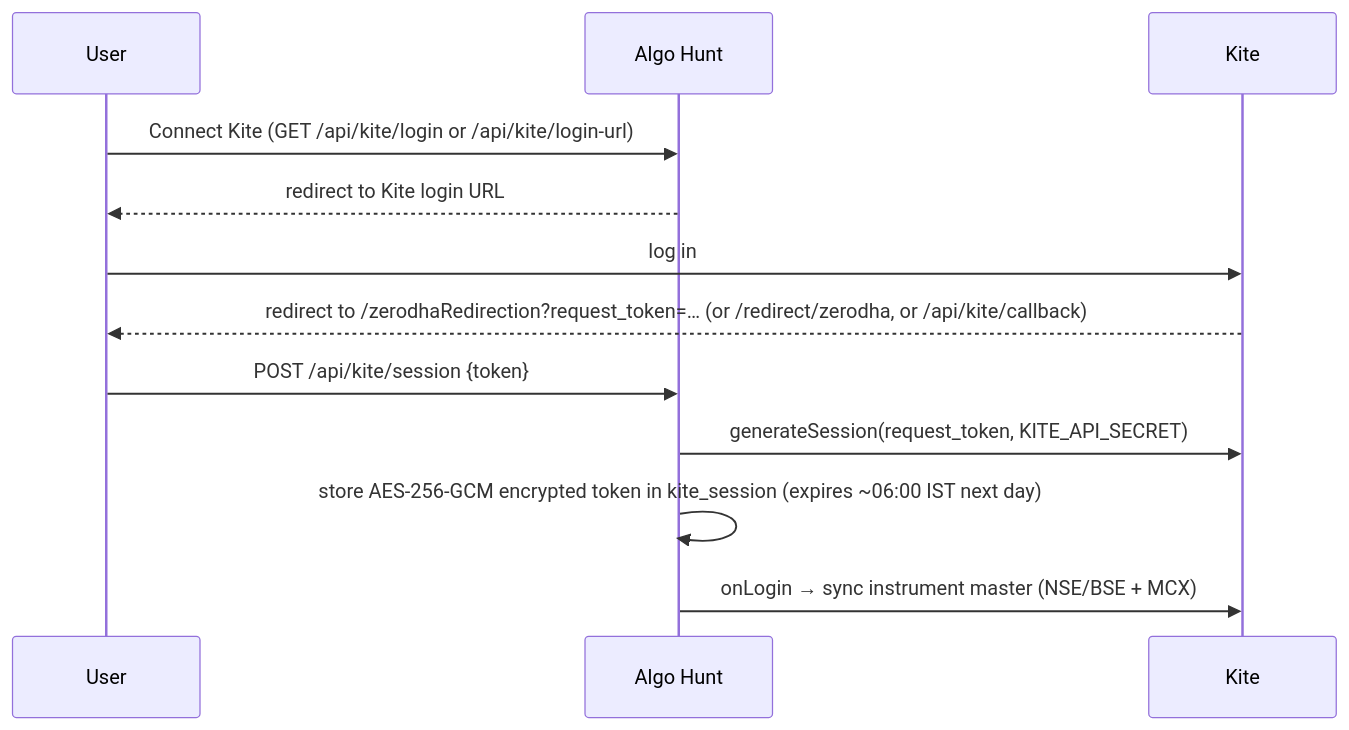
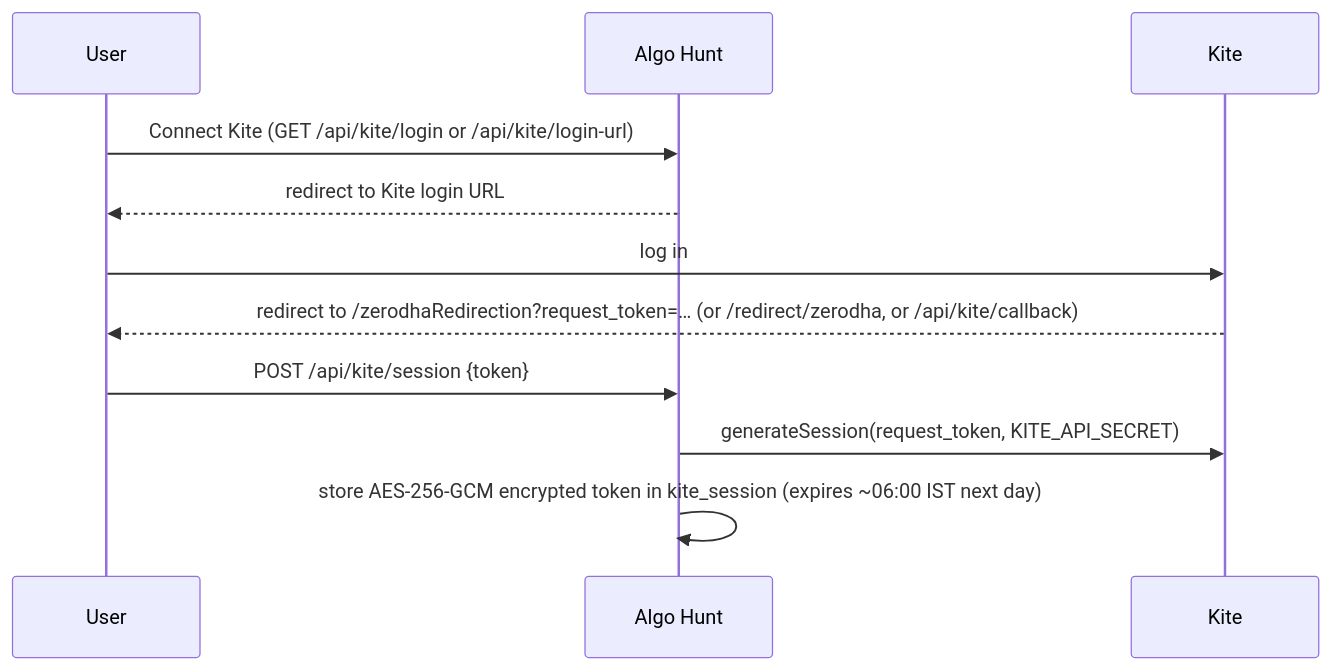
One commit to harshgupta20/algo-hunt changed the second of 2 diagrams in docs/architecture.md. Above: the diagram before and after it, drawn with Mermaid. The commit also changed other lines of this file and 194 other files, not shown here.

````diff
--- a/docs/architecture.md
+++ b/docs/architecture.md
@@ -238,14 +99,13 @@
 ```mermaid
 sequenceDiagram
   participant U as User
   participant App as Algo Hunt
   participant K as Kite
   U->>App: Connect Kite (GET /api/kite/login or /api/kite/login-url)
   App-->>U: redirect to Kite login URL
   U->>K: log in
   K-->>U: redirect to /zerodhaRedirection?request_token=… (or /redirect/zerodha, or /api/kite/callback)
   U->>App: POST /api/kite/session {token}
   App->>K: generateSession(request_token, KITE_API_SECRET)
   App->>App: store AES-256-GCM encrypted token in kite_session (expires ~06:00 IST next day)
-  App->>K: onLogin → sync instrument master (NSE/BSE + MCX)
 ```
````
